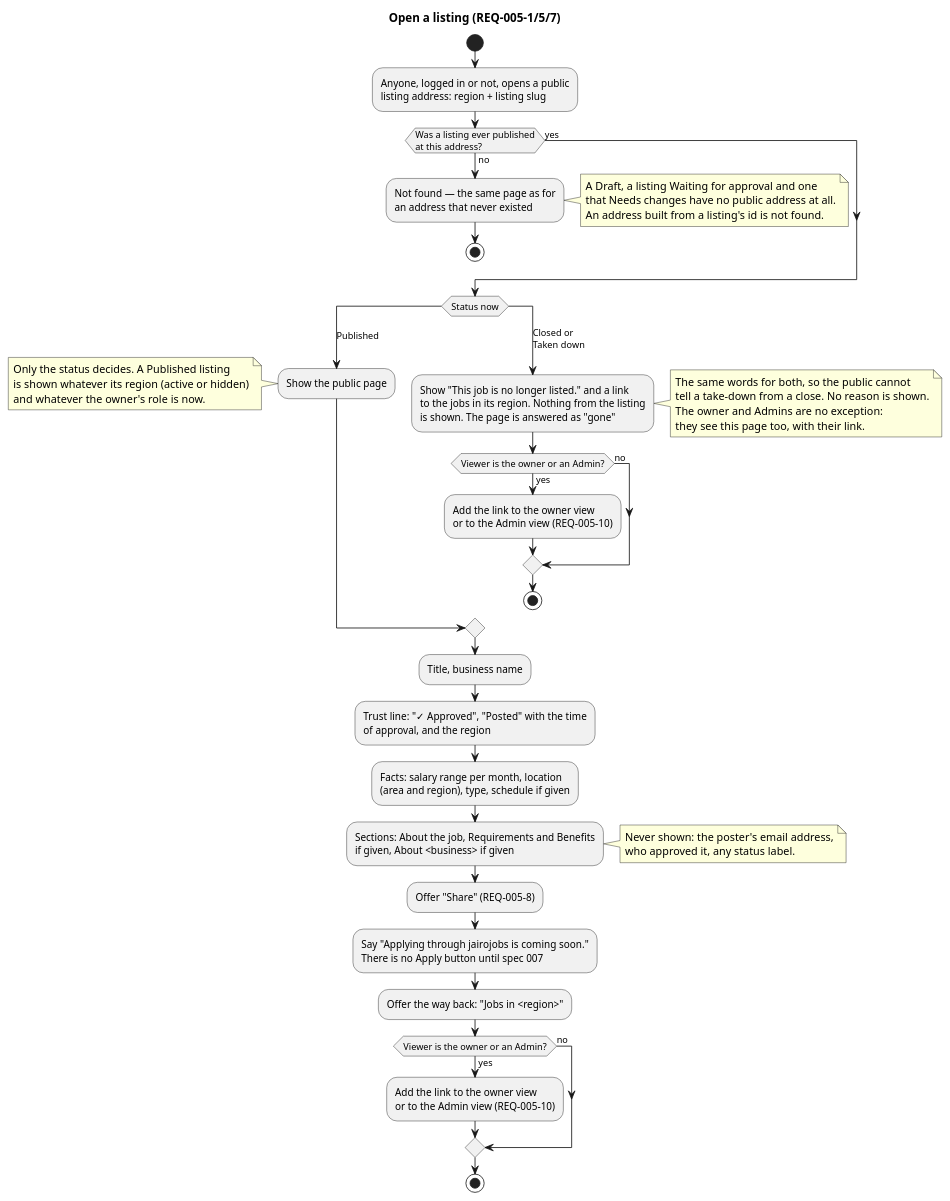
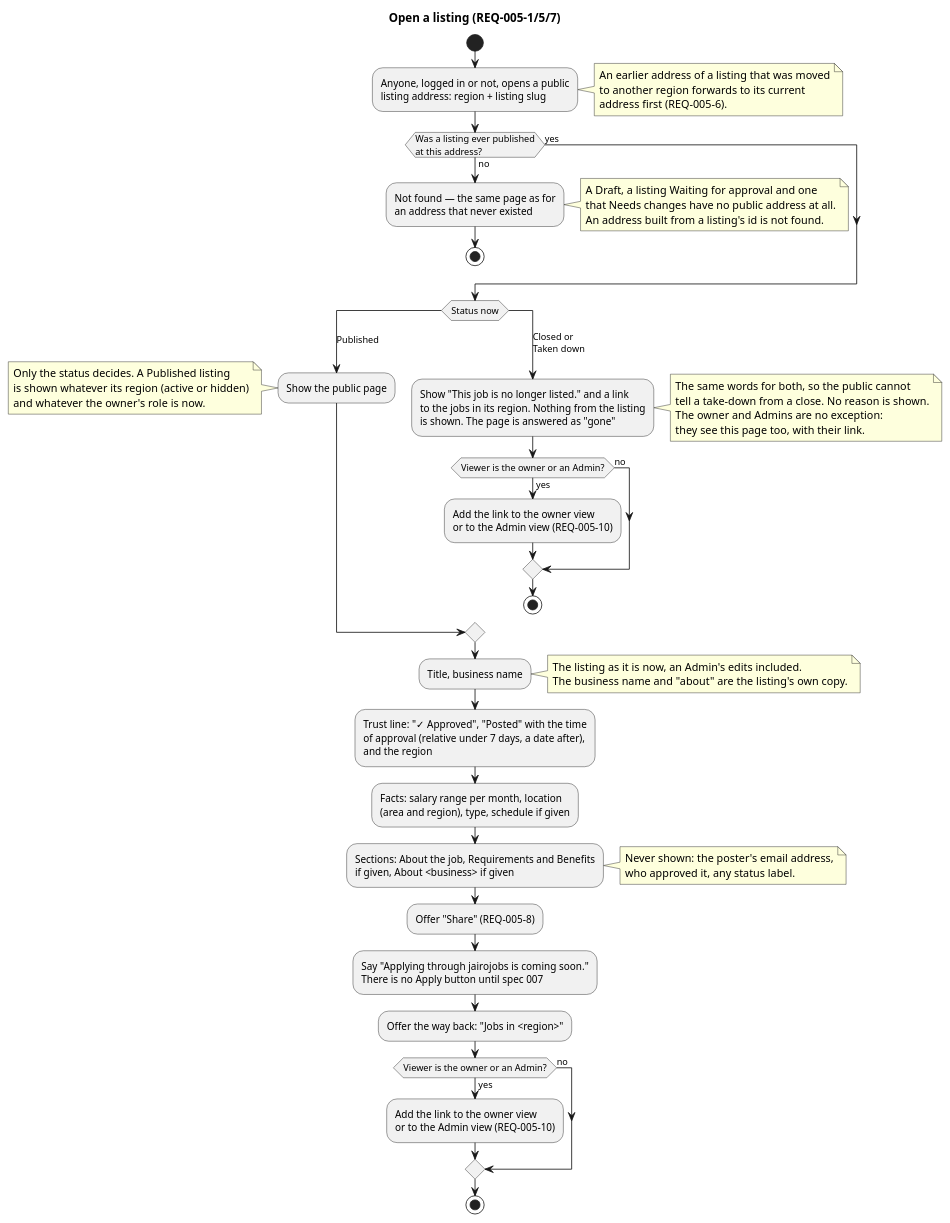
One commit to raseniero/jairojobs-elixir changed the diagram in docs/specs/005-public-browse-search/diagrams/activity-open-a-listing.puml. Above: the diagram before and after it, drawn with PlantUML. The commit also changed 10 other files, not shown here.

Commit message:
docs(spec 005): scenario-by-scenario check of the diagrams; table of earlier documents verified

```diff
--- a/docs/specs/005-public-browse-search/diagrams/activity-open-a-listing.puml
+++ b/docs/specs/005-public-browse-search/diagrams/activity-open-a-listing.puml
@@ -1,65 +1,75 @@
 @startuml activity-open-a-listing
 ' Spec 005 — what is public, the listing's public page, and a listing that is no longer listed (REQ-005-1, -5, -7)
 title Open a listing (REQ-005-1/5/7)
 
 start
 :Anyone, logged in or not, opens a public
 listing address: region + listing slug;
+note right
+  An earlier address of a listing that was moved
+  to another region forwards to its current
+  address first (REQ-005-6).
+end note
 if (Was a listing ever published\nat this address?) then (no)
   :Not found — the same page as for
   an address that never existed;
   note right
     A Draft, a listing Waiting for approval and one
     that Needs changes have no public address at all.
     An address built from a listing's id is not found.
   end note
   stop
 else (yes)
 endif
 switch (Status now)
 case (Published)
   :Show the public page;
   note left
     Only the status decides. A Published listing
     is shown whatever its region (active or hidden)
     and whatever the owner's role is now.
   end note
 case (Closed or\nTaken down)
   :Show "This job is no longer listed." and a link
   to the jobs in its region. Nothing from the listing
   is shown. The page is answered as "gone";
   note right
     The same words for both, so the public cannot
     tell a take-down from a close. No reason is shown.
     The owner and Admins are no exception:
     they see this page too, with their link.
   end note
   if (Viewer is the owner or an Admin?) then (yes)
     :Add the link to the owner view
     or to the Admin view (REQ-005-10);
   else (no)
   endif
   stop
 endswitch
 :Title, business name;
+note right
+  The listing as it is now, an Admin's edits included.
+  The business name and "about" are the listing's own copy.
+end note
 :Trust line: "✓ Approved", "Posted" with the time
-of approval, and the region;
+of approval (relative under 7 days, a date after),
+and the region;
 :Facts: salary range per month, location
 (area and region), type, schedule if given;
 :Sections: About the job, Requirements and Benefits
 if given, About <business> if given;
 note right
   Never shown: the poster's email address,
   who approved it, any status label.
 end note
 :Offer "Share" (REQ-005-8);
 :Say "Applying through jairojobs is coming soon."
 There is no Apply button until spec 007;
 :Offer the way back: "Jobs in <region>";
 if (Viewer is the owner or an Admin?) then (yes)
   :Add the link to the owner view
   or to the Admin view (REQ-005-10);
 else (no)
 endif
 stop
 @enduml
```
